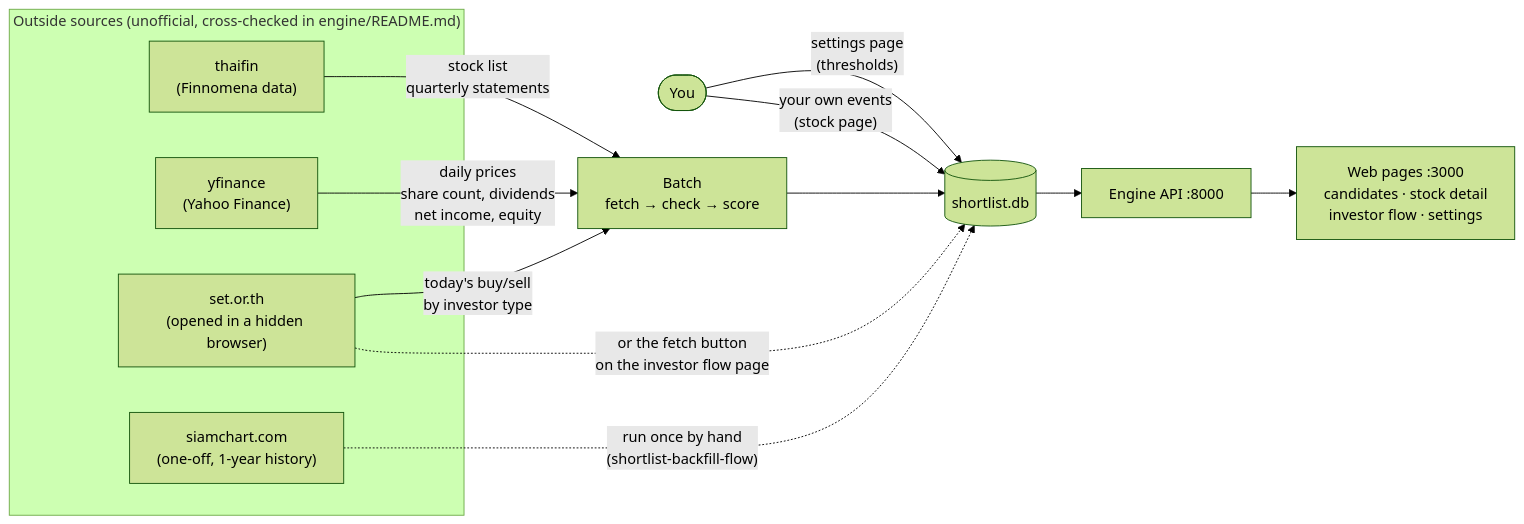
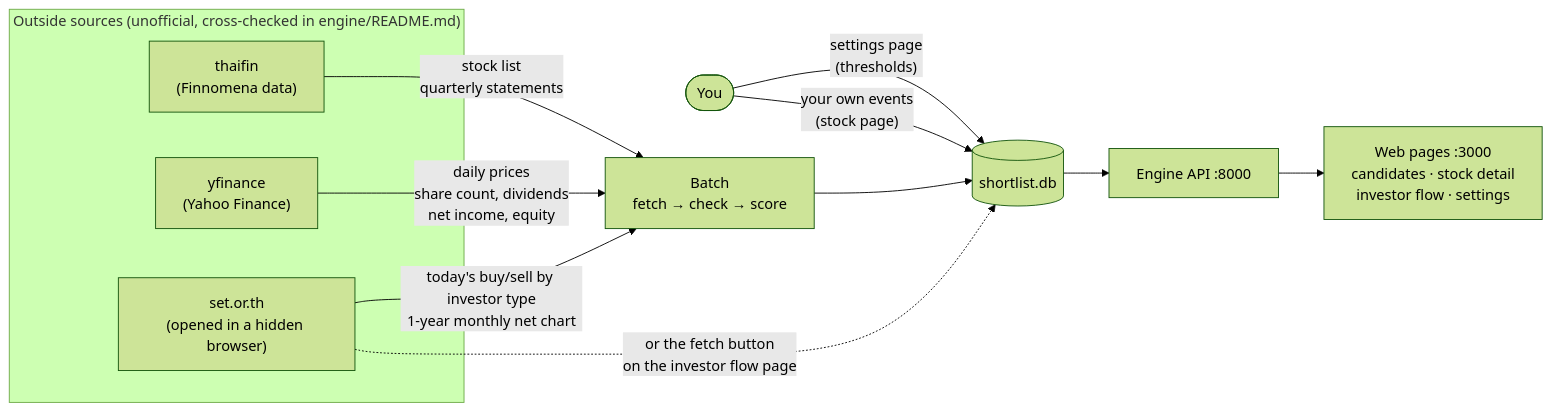
The first of 3 diagrams in docs/data-sources.md (wichaisw/stock-thesis), drawn with Mermaid (forest theme) before and after one commit. The commit also changed other lines of this file and 21 other files, not shown here.

Commit message:
feat: replace siamchart backfill with SET monthly investor net chart

````diff
--- a/docs/data-sources.md
+++ b/docs/data-sources.md
@@ -9,23 +9,21 @@
 ```mermaid
 flowchart LR
     subgraph outside["Outside sources (unofficial, cross-checked in engine/README.md)"]
         TF["thaifin<br/>(Finnomena data)"]
         YF["yfinance<br/>(Yahoo Finance)"]
         SET["set.or.th<br/>(opened in a hidden browser)"]
-        SC["siamchart.com<br/>(one-off, 1-year history)"]
     end
 
     YOU(["You"])
 
     TF -->|"stock list<br/>quarterly statements"| BATCH
     YF -->|"daily prices<br/>share count, dividends<br/>net income, equity"| BATCH
-    SET -->|"today's buy/sell<br/>by investor type"| BATCH
+    SET -->|"today's buy/sell by investor type<br/>1-year monthly net chart"| BATCH
     SET -.->|"or the fetch button<br/>on the investor flow page"| DB
-    SC -.->|"run once by hand<br/>(shortlist-backfill-flow)"| DB
 
     BATCH["Batch<br/>fetch → check → score"] --> DB[("shortlist.db")]
     YOU -->|"settings page<br/>(thresholds)"| DB
     YOU -->|"your own events<br/>(stock page)"| DB
 
     DB --> API["Engine API :8000"] --> WEB["Web pages :3000<br/>candidates · stock detail<br/>investor flow · settings"]
 ```
````
